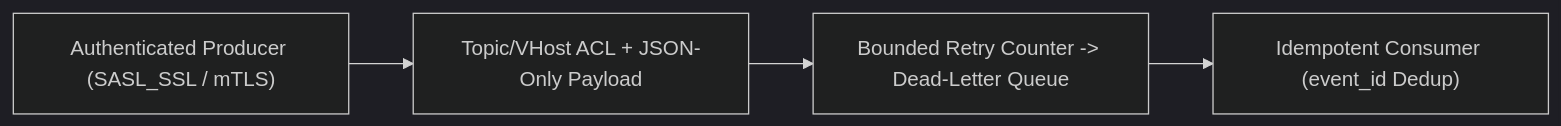
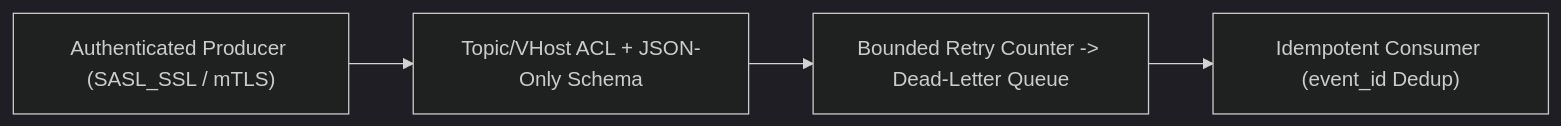
One commit to zahidoverflow/viperclaw changed the diagram in skills/viper-kafka-rabbitmq-queue/SKILL.md. Above: the diagram before and after it, drawn with Mermaid (dark theme). The commit also changed other lines of this file and 59 other files, not shown here.

````diff
--- a/skills/viper-kafka-rabbitmq-queue/SKILL.md
+++ b/skills/viper-kafka-rabbitmq-queue/SKILL.md
@@ -16,4 +16,4 @@
 ```mermaid
 flowchart LR
-  Prod["Authenticated Producer (SASL_SSL / mTLS)"] --> Broker["Topic/VHost ACL + JSON-Only Payload"] --> DLQ["Bounded Retry Counter -> Dead-Letter Queue"] --> Cons["Idempotent Consumer (event_id Dedup)"]
+  Prod["Authenticated Producer (SASL_SSL / mTLS)"] --> Broker["Topic/VHost ACL + JSON-Only Schema"] --> DLQ["Bounded Retry Counter -> Dead-Letter Queue"] --> Cons["Idempotent Consumer (event_id Dedup)"]
 ```
````
